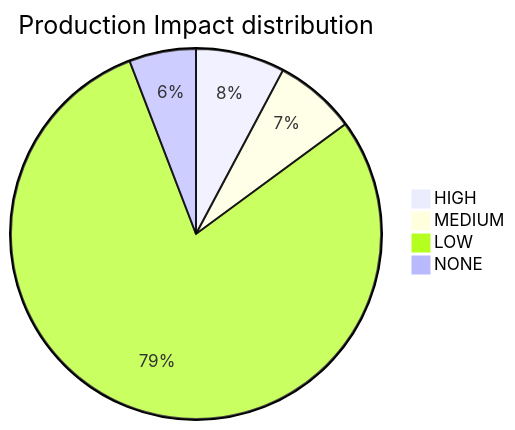
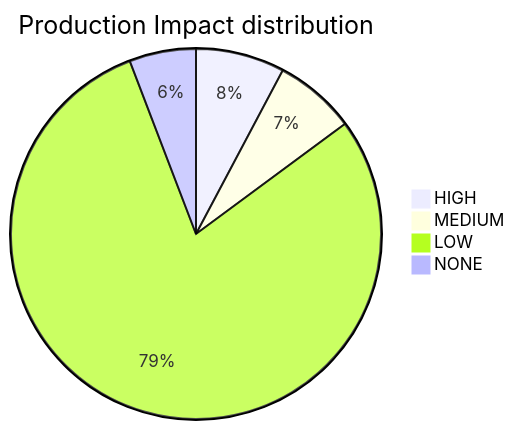
Before and after one commit to mikeybeezy/goldenpath-idp-infra: the diagram in PLATFORM_HEALTH.md, drawn with Mermaid. The commit also changed other lines of this file, not shown here.

````diff
--- a/PLATFORM_HEALTH.md
+++ b/PLATFORM_HEALTH.md
@@ -55,7 +55,7 @@
 ```mermaid
 pie title Production Impact distribution
     "HIGH" : 36
     "MEDIUM" : 33
-    "LOW" : 367
+    "LOW" : 368
     "NONE" : 27
 ```
````
